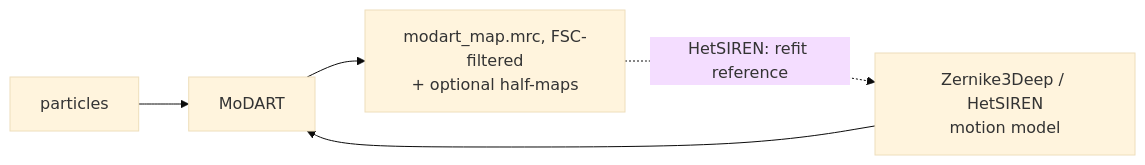
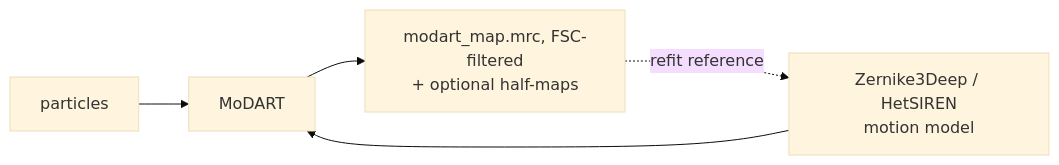
Before and after one commit to DavidHerreros/hax-em-docs: the seventh of 7 diagrams in docs/workflows/pipelines.md, drawn with Mermaid (base theme). The commit also changed other lines of this file and 3 other files, not shown here.

````diff
--- a/docs/workflows/pipelines.md
+++ b/docs/workflows/pipelines.md
@@ -187,7 +187,7 @@
 ```mermaid
 flowchart LR
     A[particles] --> C[MoDART]
     B[Zernike3Deep / HetSIREN<br/>motion model] --> C
     C --> D[modart_map.mrc, FSC-filtered<br/>+ optional half-maps]
-    D -.->|HetSIREN: refit reference| B
+    D -.->|refit reference| B
 ```
````
